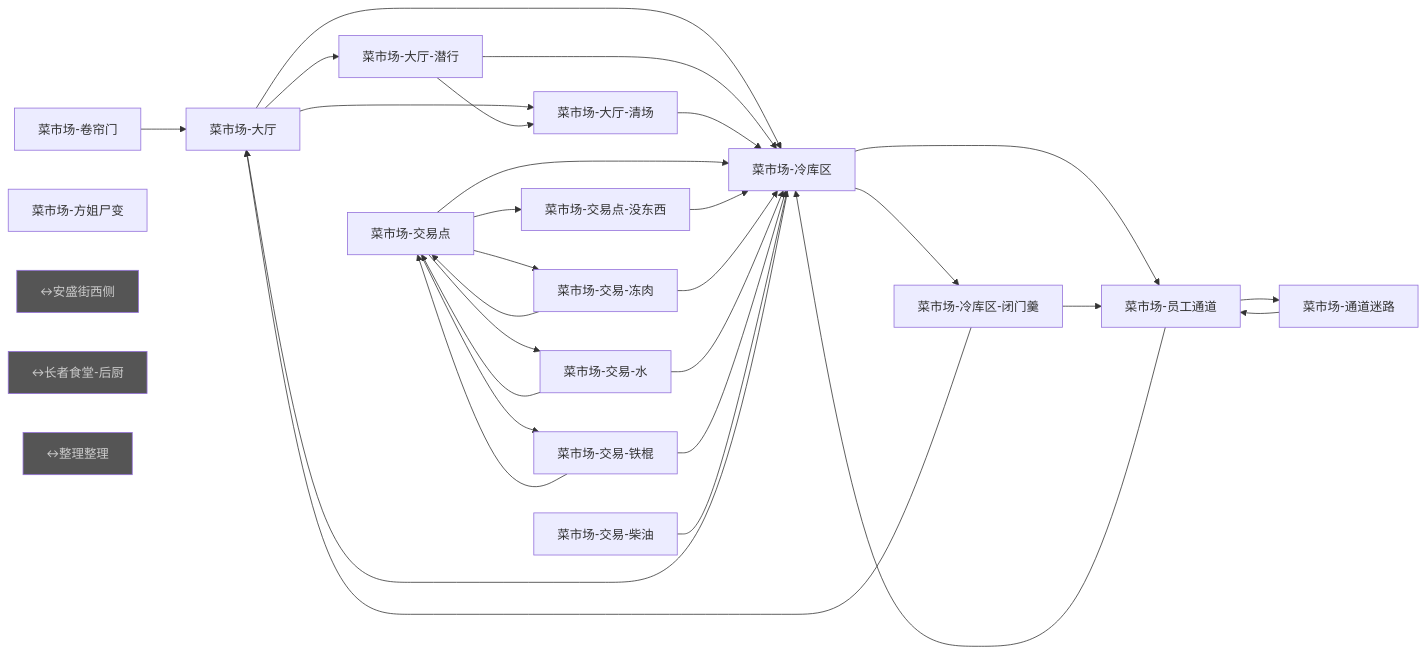
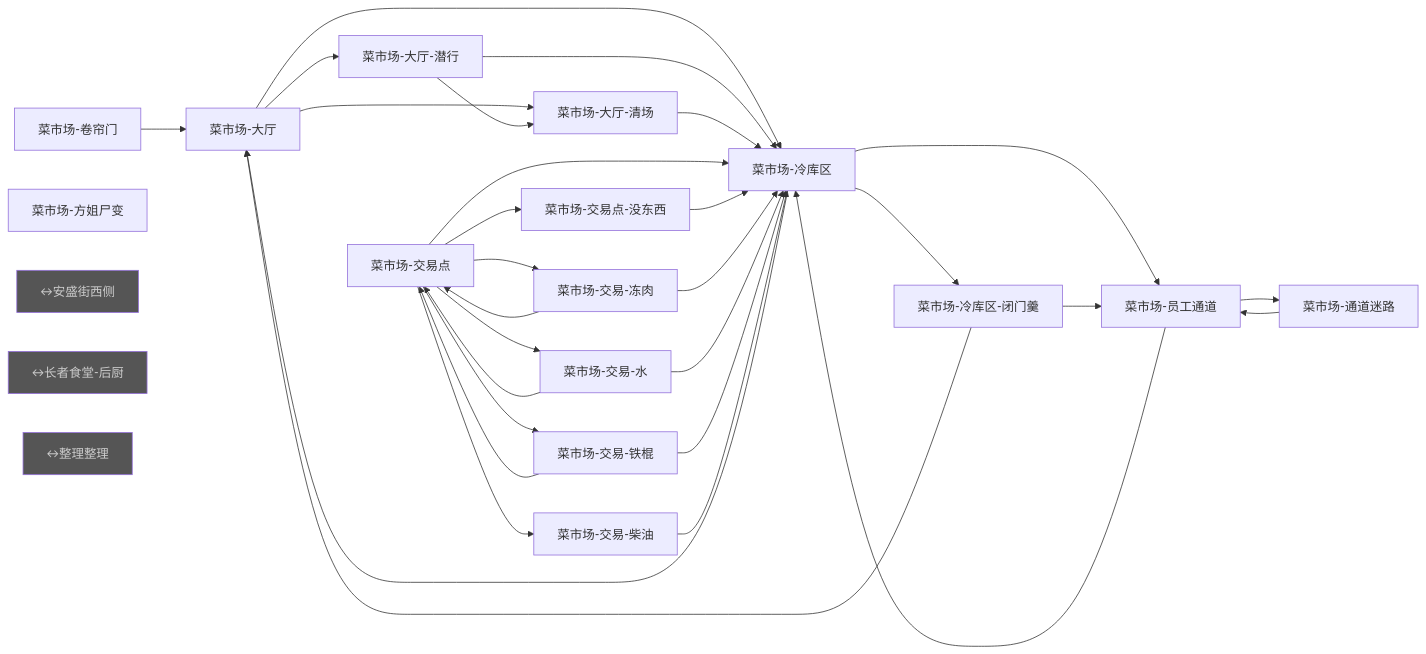
The sixth of 23 diagrams in tools/graph-report/总览.md (bobomymz/Plot-Game), drawn with Mermaid before and after one commit. The commit also changed other lines of this file and 32 other files, not shown here.

````diff
--- a/tools/graph-report/总览.md
+++ b/tools/graph-report/总览.md
@@ -948,50 +955,51 @@
 ```mermaid
 flowchart LR
   n0["菜市场-卷帘门"]
   n1["菜市场-大厅"]
   n2["菜市场-大厅-潜行"]
   n3["菜市场-大厅-清场"]
   n4["菜市场-员工通道"]
   n5["菜市场-通道迷路"]
   n6["菜市场-冷库区"]
   n7["菜市场-冷库区-闭门羹"]
   n8["菜市场-交易点"]
   n9["菜市场-交易点-没东西"]
   n10["菜市场-交易-冻肉"]
   n11["菜市场-交易-水"]
   n12["菜市场-交易-铁棍"]
   n13["菜市场-交易-柴油"]
   n14["菜市场-方姐尸变"]
   n15["↔安盛街西侧"]:::ext
   n16["↔长者食堂-后厨"]:::ext
   n17["↔整理整理"]:::ext
   n0 --> n1
   n1 --> n2
   n1 --> n3
   n1 --> n6
   n2 --> n6
   n2 --> n3
   n3 --> n6
   n4 --> n5
   n4 --> n6
   n5 --> n4
   n6 --> n7
   n6 --> n1
   n6 --> n4
   n7 --> n1
   n7 --> n4
   n8 --> n9
   n8 --> n6
   n8 --> n10
   n8 --> n11
   n8 --> n12
+  n8 --> n13
   n9 --> n6
   n10 --> n8
   n10 --> n6
   n11 --> n8
   n11 --> n6
   n12 --> n8
   n12 --> n6
   n13 --> n6
   classDef ext fill:#555,color:#ccc;
 ```
````
